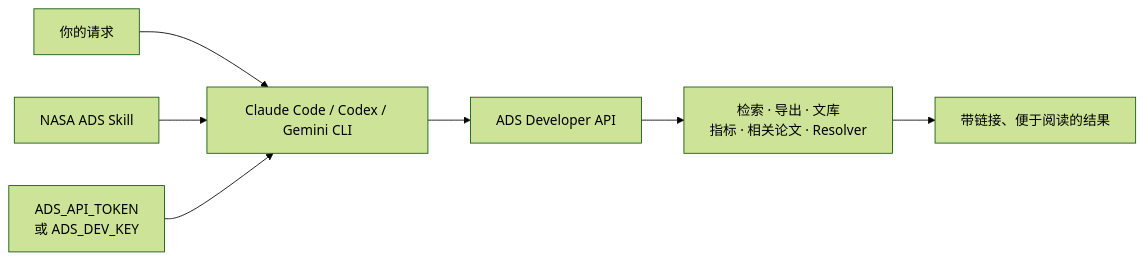
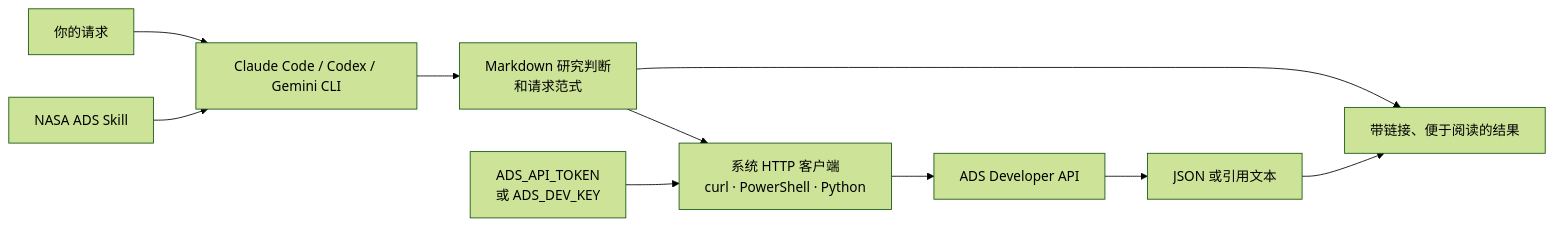
One commit to SukiYume/nasa-ads-skill changed the diagram in README.zh-CN.md. Above: the diagram before and after it, drawn with Mermaid (forest theme). The commit also changed other lines of this file and 5 other files, not shown here.

````diff
--- a/README.zh-CN.md
+++ b/README.zh-CN.md
@@ -57,9 +72,12 @@
 ```mermaid
 flowchart LR
     A["你的请求"] --> B["Claude Code / Codex / Gemini CLI"]
     S["NASA ADS Skill"] --> B
-    T["ADS_API_TOKEN<br/>或 ADS_DEV_KEY"] --> B
-    B --> C["ADS Developer API"]
-    C --> D["检索 · 导出 · 文库<br/>指标 · 相关论文 · Resolver"]
-    D --> E["带链接、便于阅读的结果"]
+    B --> M["Markdown 研究判断<br/>和请求范式"]
+    M --> H["系统 HTTP 客户端<br/>curl · PowerShell · Python"]
+    T["ADS_API_TOKEN<br/>或 ADS_DEV_KEY"] --> H
+    H --> C["ADS Developer API"]
+    C --> D["JSON 或引用文本"]
+    M --> E["带链接、便于阅读的结果"]
+    D --> E
 ```
````
